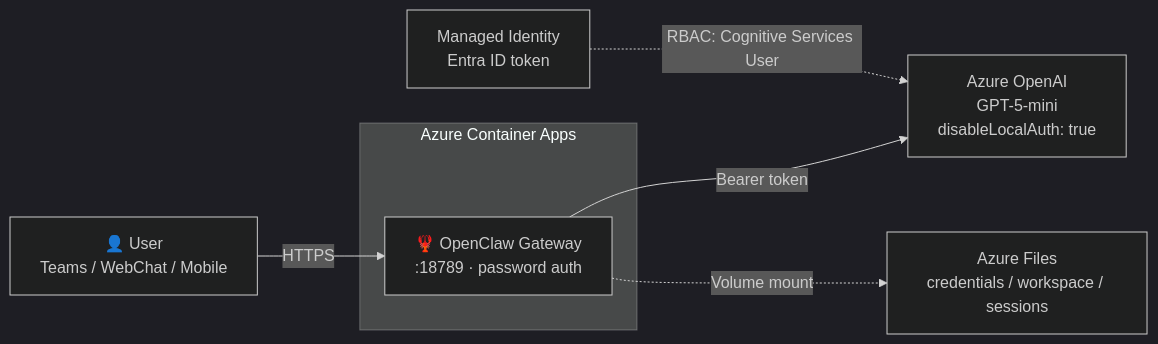
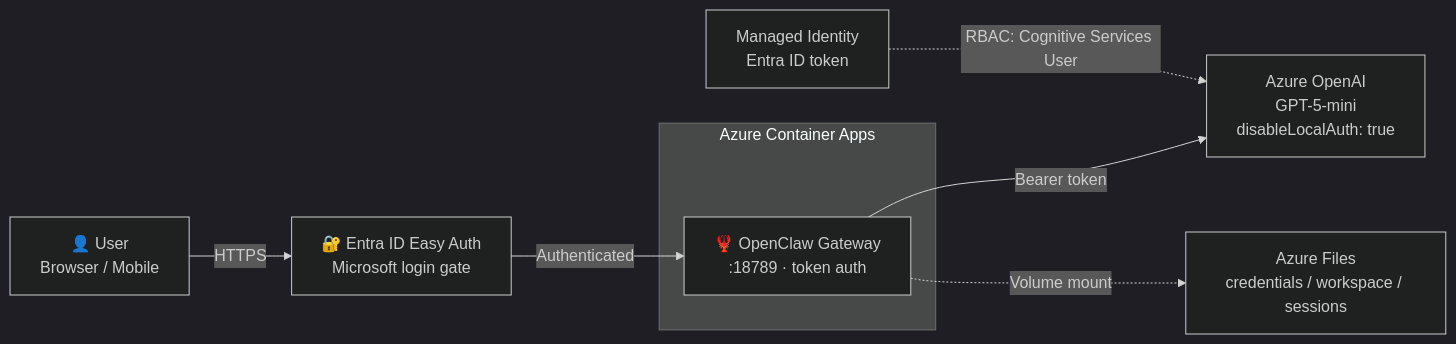
The diagram in README.md (microsoft/openclaw-dev), drawn with Mermaid (dark theme) before and after one commit. The commit also changed other lines of this file and 2 other files, not shown here.

Commit message:
security: random gateway token, disable device pairing for EasyAuth, update README security docs

````diff
--- a/README.md
+++ b/README.md
@@ -90,15 +91,17 @@
 ```mermaid
 graph LR
-    User["👤 User<br/>Teams / WebChat / Mobile"]
+    User["👤 User<br/>Browser / Mobile"]
+    EasyAuth["🔐 Entra ID Easy Auth<br/>Microsoft login gate"]
     subgraph ACA["Azure Container Apps"]
-        GW["🦞 OpenClaw Gateway<br/>:18789 · password auth"]
+        GW["🦞 OpenClaw Gateway<br/>:18789 · token auth"]
     end
     AOAI["Azure OpenAI<br/>GPT-5-mini<br/>disableLocalAuth: true"]
     MI["Managed Identity<br/>Entra ID token"]
     AF["Azure Files<br/>credentials / workspace / sessions"]
 
-    User -->|"HTTPS"| GW
+    User -->|"HTTPS"| EasyAuth
+    EasyAuth -->|"Authenticated"| GW
     GW -->|"Bearer token"| AOAI
     GW -.->|"Volume mount"| AF
     MI -.->|"RBAC: Cognitive Services User"| AOAI
 ```
````
